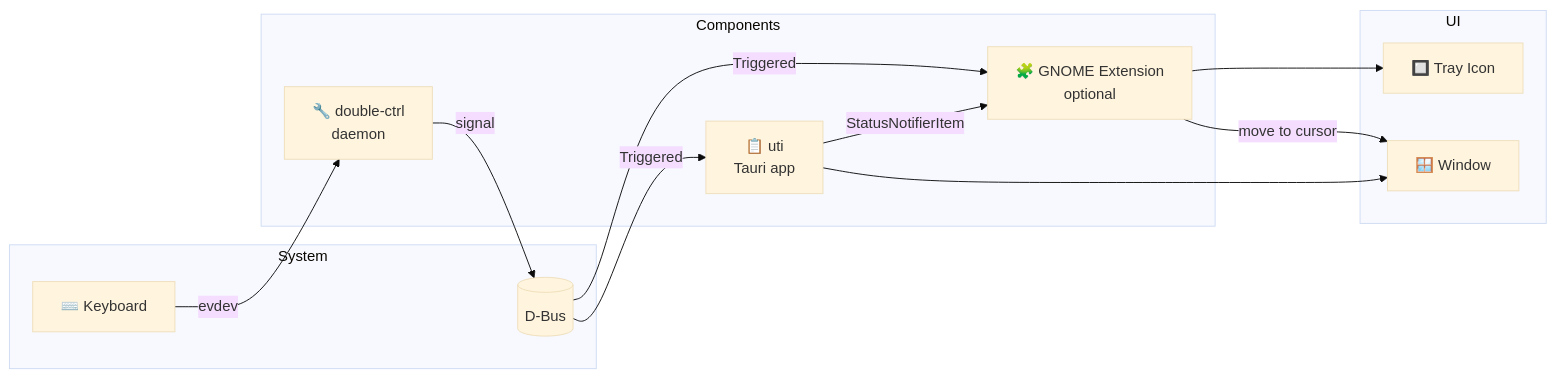
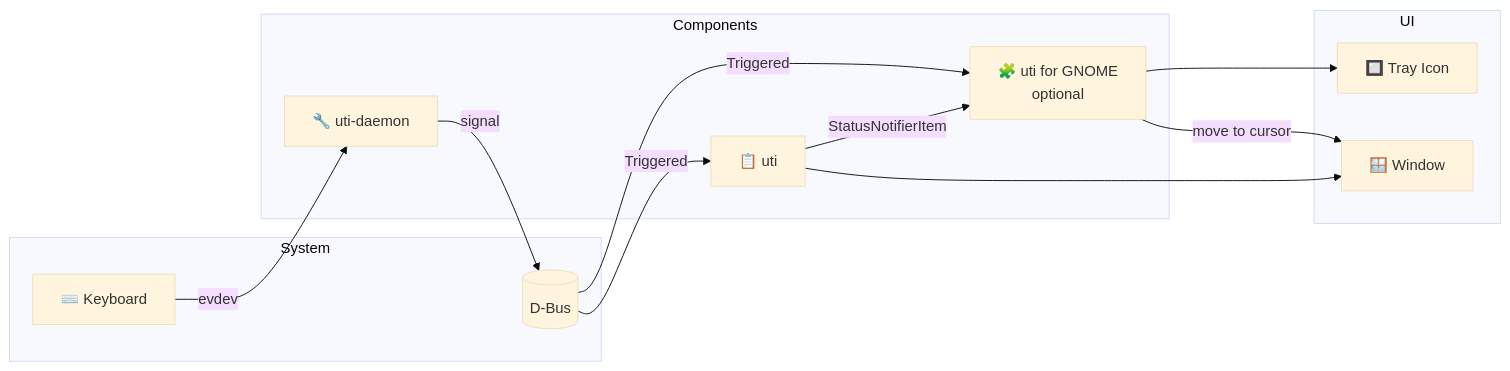
Before and after one commit to noppomario/uti: the diagram in README.md, drawn with Mermaid (base theme). The commit also changed other lines of this file and 16 other files, not shown here.

````diff
--- a/README.md
+++ b/README.md
@@ -61,27 +61,27 @@
 ```mermaid
 flowchart LR
     subgraph System
         KB[⌨️ Keyboard]
         DBUS[(D-Bus)]
     end
 
     subgraph Components
-        DAEMON[🔧 double-ctrl<br/>daemon]
-        APP[📋 uti<br/>Tauri app]
-        EXT[🧩 GNOME Extension<br/>optional]
+        DAEMON[🔧 uti-daemon]
+        APP[📋 uti]
+        EXT[🧩 uti for GNOME<br/>optional]
     end
 
     subgraph UI
         TRAY[🔲 Tray Icon]
         WIN[🪟 Window]
     end
 
     KB -->|evdev| DAEMON
     DAEMON -->|signal| DBUS
     DBUS -->|Triggered| APP
     DBUS -->|Triggered| EXT
     APP -->|StatusNotifierItem| EXT
     EXT -->|move to cursor| WIN
     EXT --> TRAY
     APP --> WIN
 ```
````
